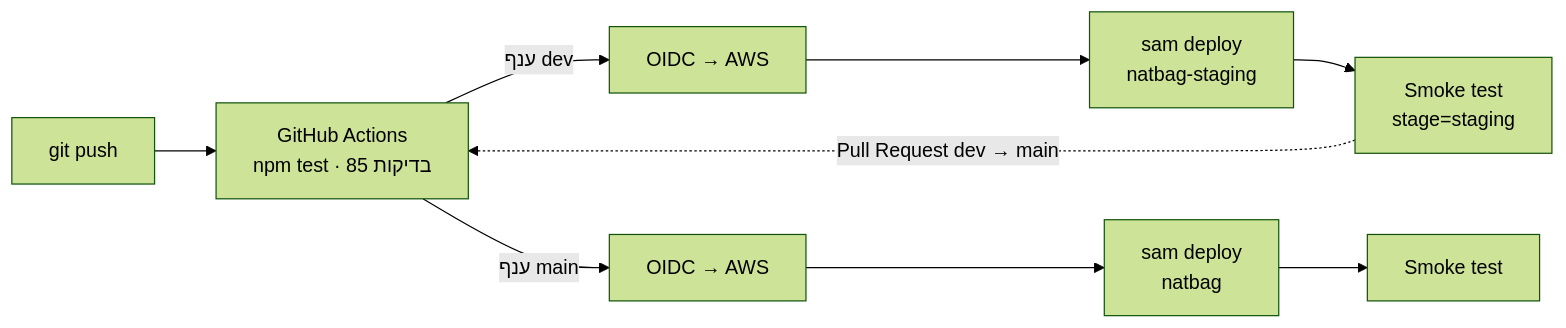
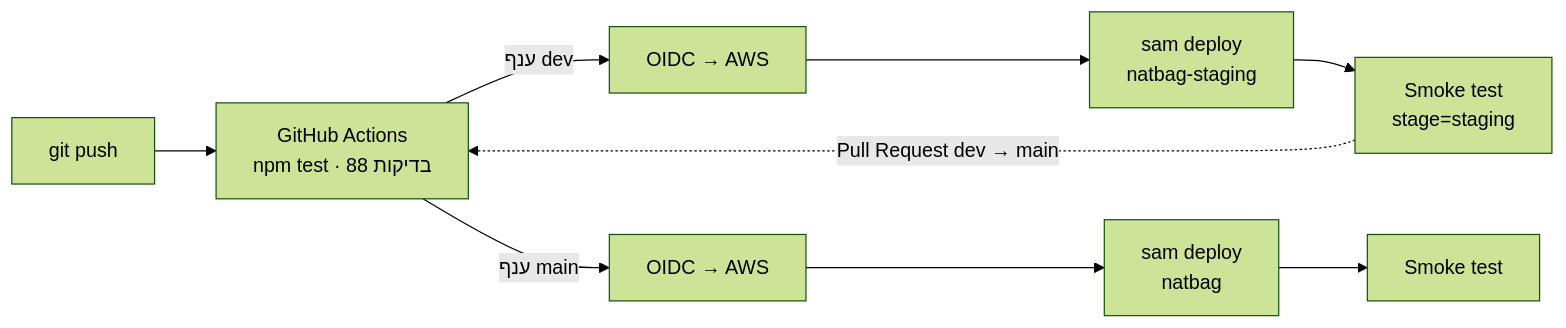
One commit to ackerme/natbag-monitor changed the second of 2 diagrams in README.md. Above: the diagram before and after it, drawn with Mermaid (forest theme). The commit also changed other lines of this file and 1 other file, not shown here.

````diff
--- a/README.md
+++ b/README.md
@@ -131,7 +144,7 @@
 ```mermaid
 flowchart LR
-    D[git push] --> T[GitHub Actions<br/>npm test · 85 בדיקות]
+    D[git push] --> T[GitHub Actions<br/>npm test · 88 בדיקות]
     T -->|ענף dev| SO[OIDC → AWS] --> SS[sam deploy<br/>natbag-staging] --> SH[Smoke test<br/>stage=staging]
     T -->|ענף main| PO[OIDC → AWS] --> PS[sam deploy<br/>natbag] --> PH[Smoke test]
     SH -.->|Pull Request dev → main| T
 ```
````
